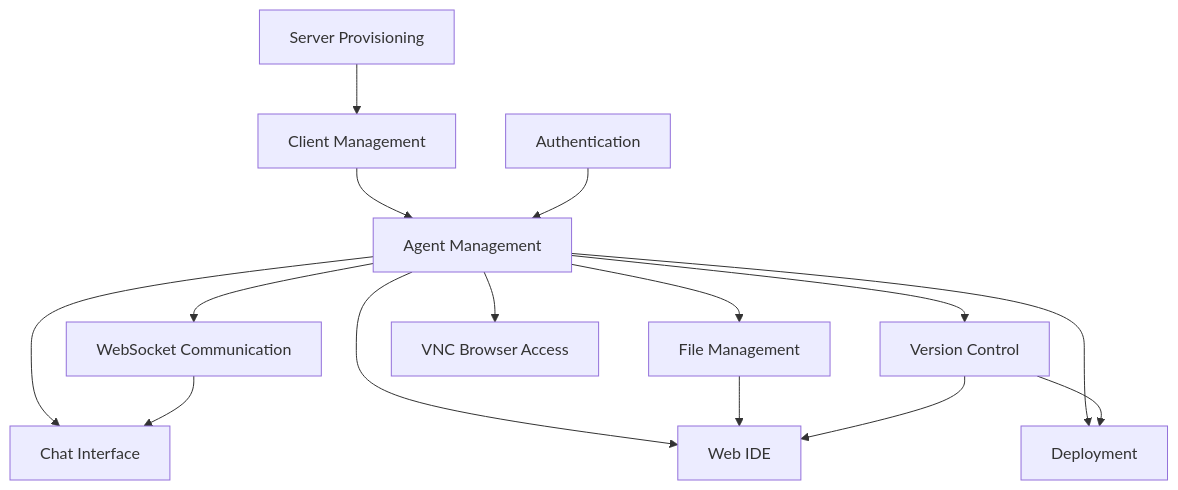
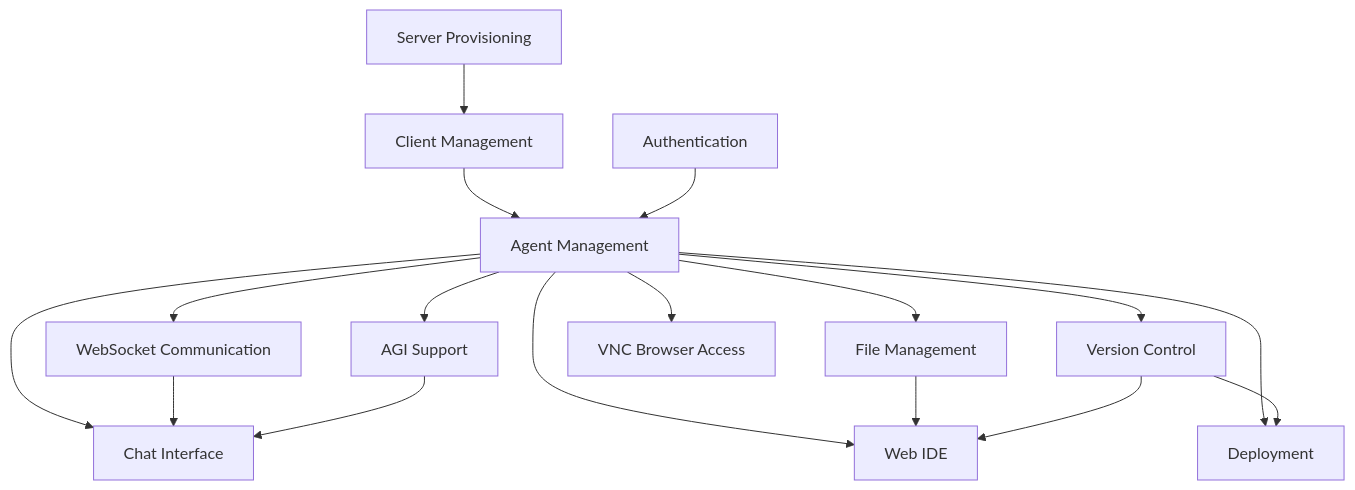
Before and after one commit to forepath/agenstra: the diagram in docs/agenstra/features/README.md, drawn with Mermaid. The commit also changed other lines of this file and 22 other files, not shown here.

````diff
--- a/docs/agenstra/features/README.md
+++ b/docs/agenstra/features/README.md
@@ -158,29 +170,32 @@
 ```mermaid
 graph TB
     CM[Client Management]
     AM[Agent Management]
     SP[Server Provisioning]
     WS[WebSocket Communication]
     FM[File Management]
     VC[Version Control]
     IDE[Web IDE]
     Chat[Chat Interface]
+    AGI[AGI Support]
     VNC[VNC Browser Access]
     DEP[Deployment]
     AUTH[Authentication]
 
     SP --> CM
     CM --> AM
     AM --> WS
     AM --> FM
     AM --> VC
     AM --> IDE
     AM --> Chat
+    AM --> AGI
     AM --> VNC
     AM --> DEP
     WS --> Chat
+    AGI --> Chat
     FM --> IDE
     VC --> IDE
     VC --> DEP
     AUTH --> AM
 ```
````
